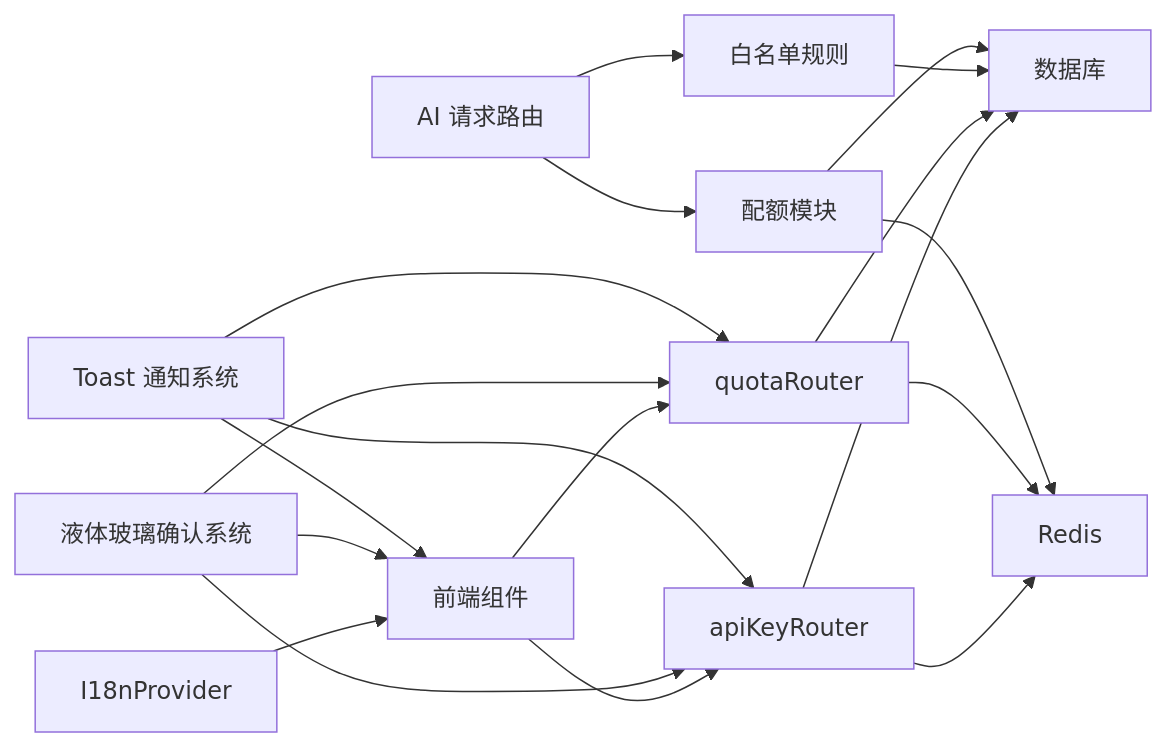
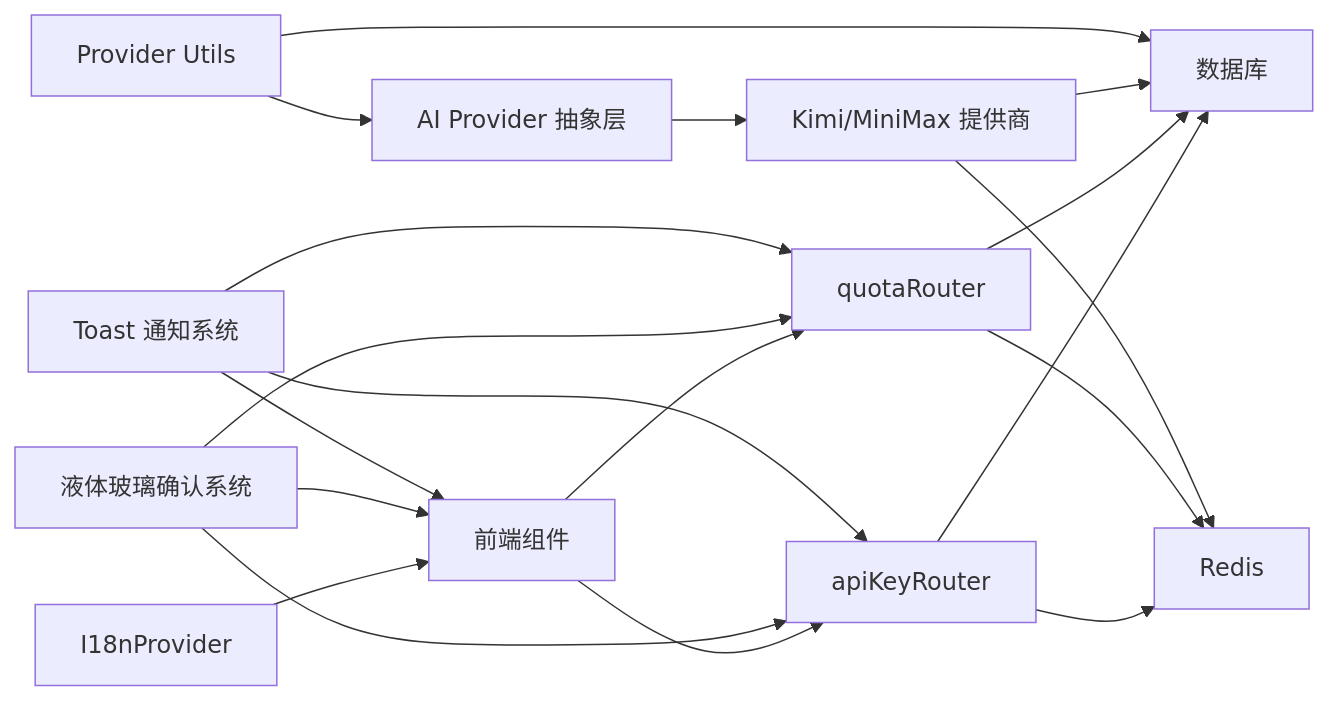
Diagram 12 of 12 in .qoder/repowiki/zh/content/核心功能/API Key 管理.md (RadiumAg/AIGate), drawn with Mermaid before and after one commit. The commit also changed other lines of this file and 3 other files, not shown here.

````diff
--- a/.qoder/repowiki/zh/content/核心功能/API Key 管理.md
+++ b/.qoder/repowiki/zh/content/核心功能/API Key 管理.md
@@ -535,21 +599,21 @@
 ```mermaid
 graph LR
 I18n["I18nProvider"] --> UI["前端组件"]
 UI --> TPR["apiKeyRouter"]
 UI --> QR["quotaRouter"]
 TPR --> DB["数据库"]
 TPR --> RC["Redis"]
 QR --> RC
 QR --> DB
-AI["AI 请求路由"] --> WL["白名单规则"]
-AI --> QU["配额模块"]
-WL --> DB
-QU --> RC
-QU --> DB
+AI["AI Provider 抽象层"] --> Providers["Kimi/MiniMax 提供商"]
+Providers --> DB
+Providers --> RC
+ProviderUtils["Provider Utils"] --> DB
+ProviderUtils --> AI
 Confirm["液体玻璃确认系统"] --> UI
 Confirm --> TPR
 Confirm --> QR
 Toast["Toast 通知系统"] --> UI
 Toast --> TPR
 Toast --> QR
 ```
````
